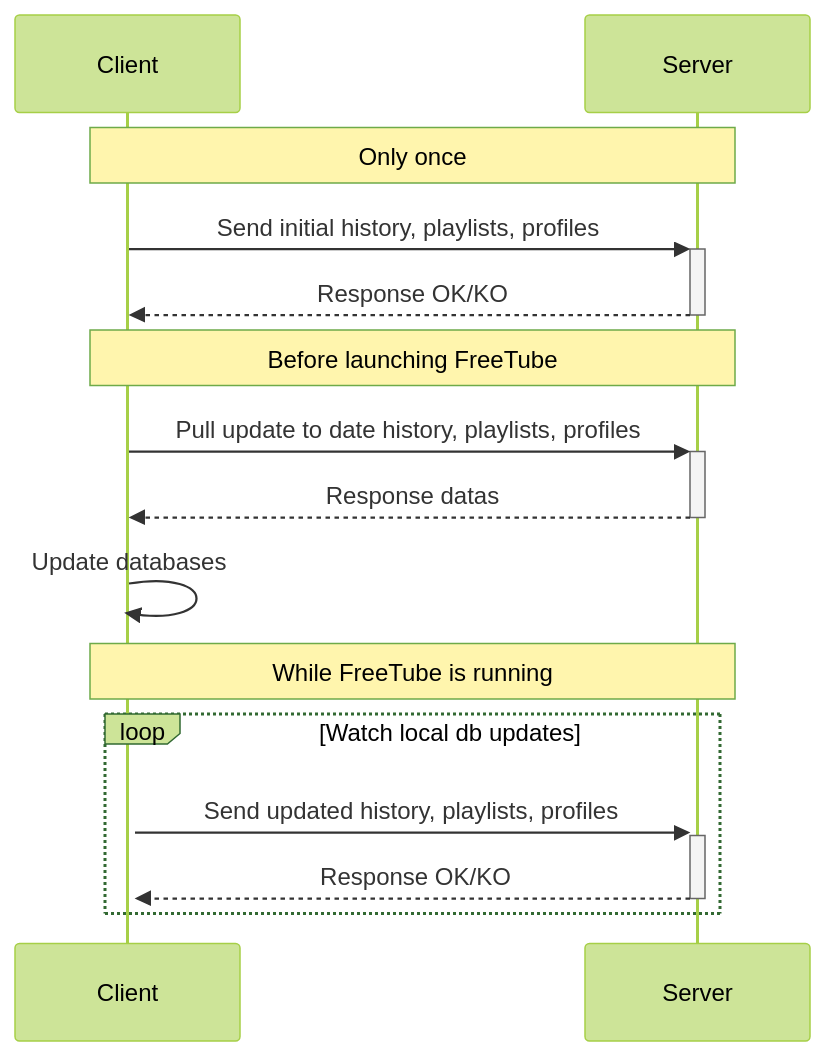
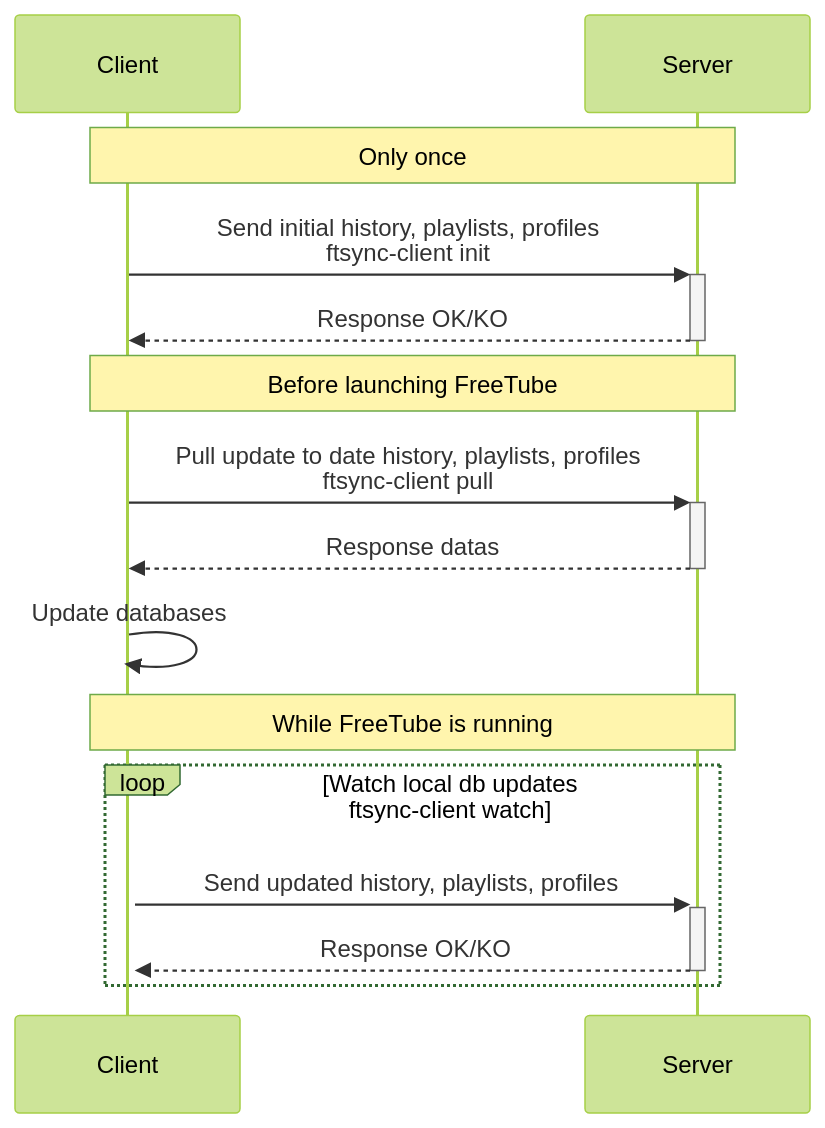
One commit to simmstein/freetube-sync changed the diagram in README.md. Above: the diagram before and after it, drawn with Mermaid (forest theme).

````diff
--- a/README.md
+++ b/README.md
@@ -33,20 +33,21 @@
 ```mermaid
+
 sequenceDiagram
     participant Client
     participant Server
 
     Note over Client, Server: Only once
-    Client->>+Server: Send initial history, playlists, profiles
+    Client->>+Server: Send initial history, playlists, profiles<br>ftsync-client init
     Server-->>-Client: Response OK/KO
 
     Note over Client, Server: Before launching FreeTube
-    Client->>+Server: Pull update to date history, playlists, profiles
+    Client->>+Server: Pull update to date history, playlists, profiles<br>ftsync-client pull
     Server-->>-Client: Response datas
     Client->>+Client: Update databases
 
     Note over Client, Server: While FreeTube is running
-    loop Watch local db updates
+    loop Watch local db updates<br>ftsync-client watch
         Client->>+Server: Send updated history, playlists, profiles
         Server-->>-Client: Response OK/KO
     end
 ```
````
